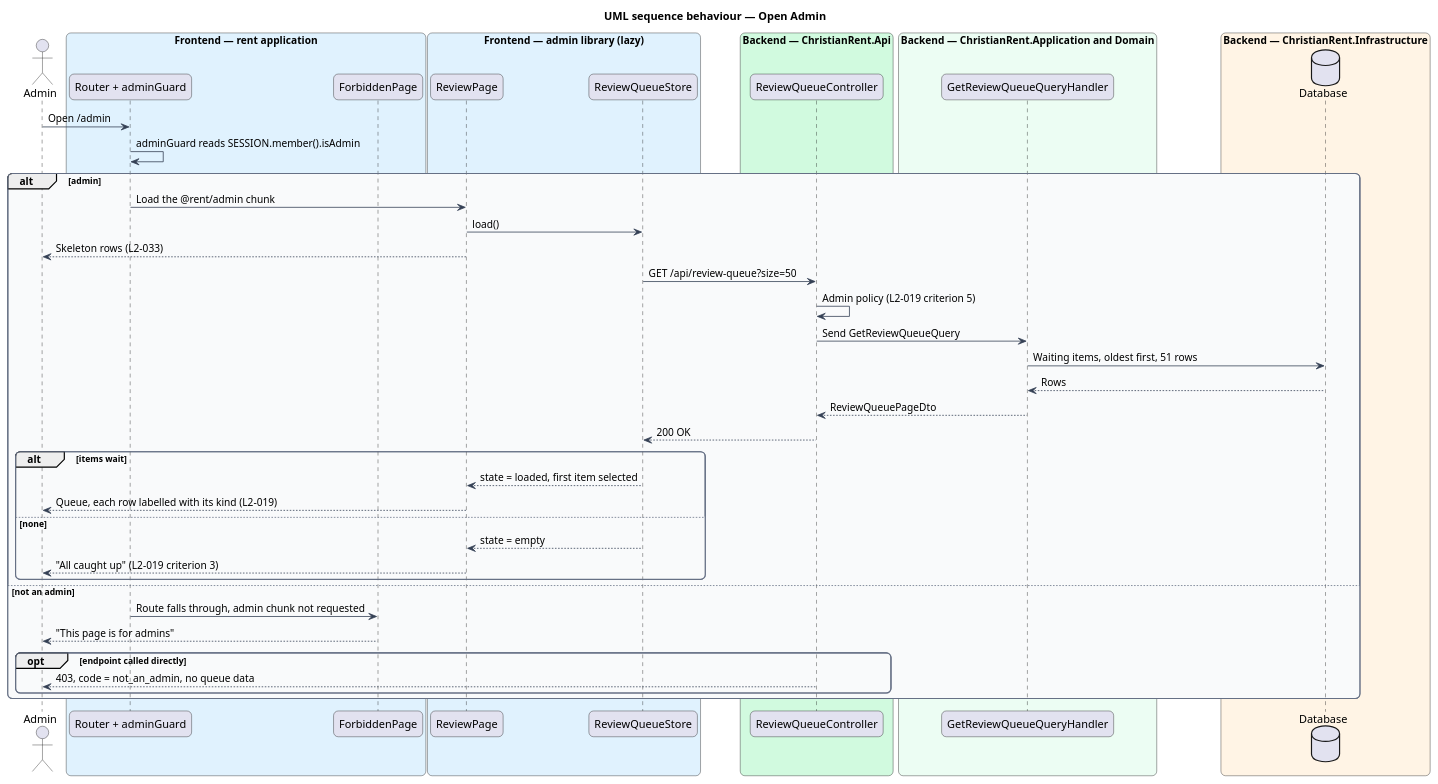
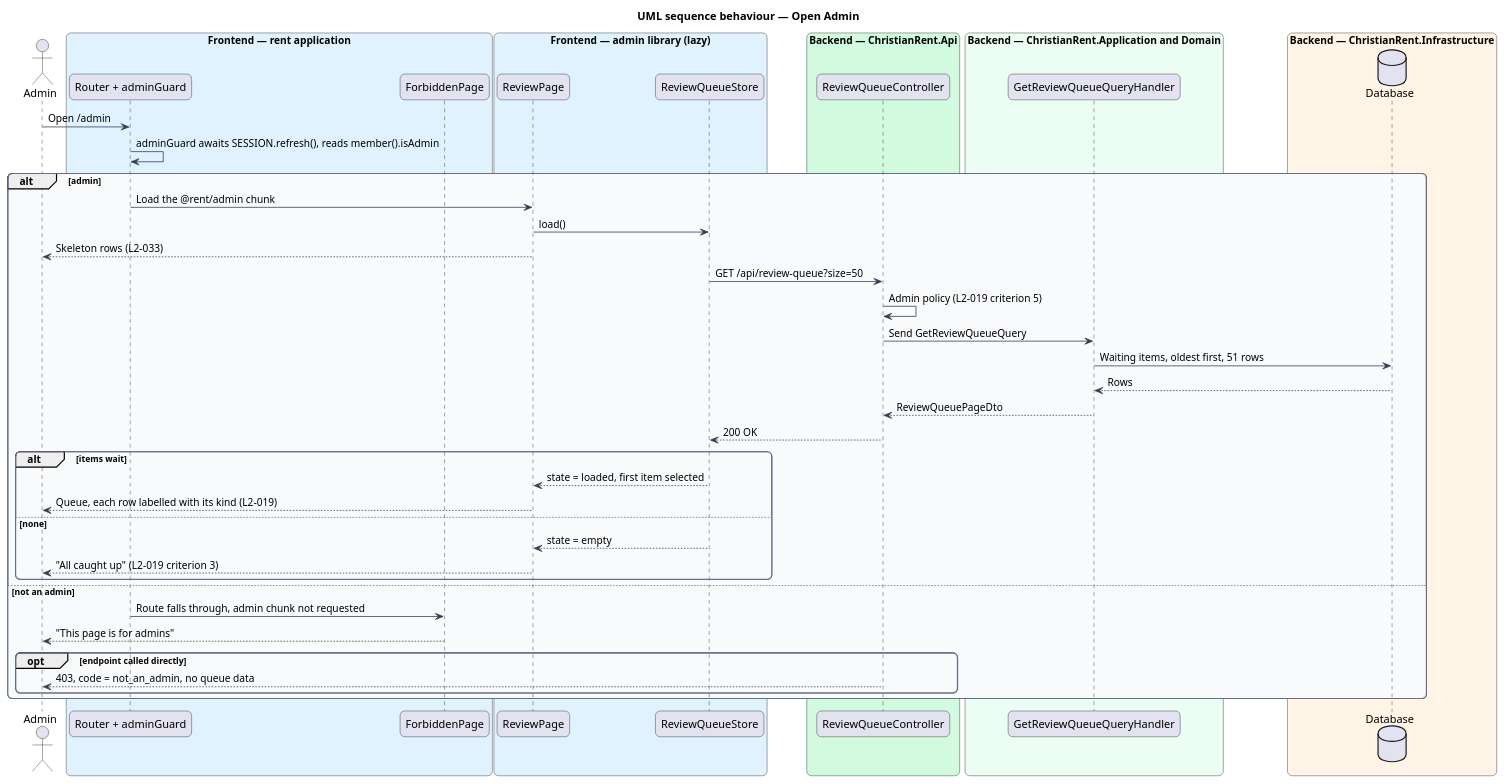
One commit to QuinntyneBrown/christian-rent changed the diagram in docs/detailed-designs/review/view-review-queue/diagrams/sequence-open-queue.puml. Above: the diagram before and after it, drawn with PlantUML. The commit also changed 31 other files, not shown here.

```diff
--- a/docs/detailed-designs/review/view-review-queue/diagrams/sequence-open-queue.puml
+++ b/docs/detailed-designs/review/view-review-queue/diagrams/sequence-open-queue.puml
@@ -1,62 +1,62 @@
 @startuml
 title UML sequence behaviour — Open Admin
 skinparam backgroundColor #FFFFFF
 skinparam shadowing false
 skinparam roundcorner 12
 skinparam defaultFontName Arial
 skinparam ArrowColor #344054
 skinparam rectangle {
   BorderColor #344054
   FontColor #101828
 }
 skinparam package {
   BorderColor #667085
   FontColor #101828
   BackgroundColor #F9FAFB
 }
 actor "Admin" as actor
 box "Frontend — rent application" #E0F2FE
   participant "Router + adminGuard" as router
   participant "ForbiddenPage" as forbid
 end box
 box "Frontend — admin library (lazy)" #E0F2FE
   participant "ReviewPage" as page
   participant "ReviewQueueStore" as store
 end box
 box "Backend — ChristianRent.Api" #D1FADF
   participant "ReviewQueueController" as ctrl
 end box
 box "Backend — ChristianRent.Application and Domain" #ECFDF3
   participant "GetReviewQueueQueryHandler" as handler
 end box
 box "Backend — ChristianRent.Infrastructure" #FFF4E5
   database "Database" as db
 end box
 actor -> router : Open /admin
-router -> router : adminGuard reads SESSION.member().isAdmin
+router -> router : adminGuard awaits SESSION.refresh(), reads member().isAdmin
 alt admin
   router -> page : Load the @rent/admin chunk
   page -> store : load()
   page --> actor : Skeleton rows (L2-033)
   store -> ctrl : GET /api/review-queue?size=50
   ctrl -> ctrl : Admin policy (L2-019 criterion 5)
   ctrl -> handler : Send GetReviewQueueQuery
   handler -> db : Waiting items, oldest first, 51 rows
   db --> handler : Rows
   handler --> ctrl : ReviewQueuePageDto
   ctrl --> store : 200 OK
   alt items wait
     store --> page : state = loaded, first item selected
     page --> actor : Queue, each row labelled with its kind (L2-019)
   else none
     store --> page : state = empty
     page --> actor : "All caught up" (L2-019 criterion 3)
   end
 else not an admin
   router -> forbid : Route falls through, admin chunk not requested
   forbid --> actor : "This page is for admins"
   opt endpoint called directly
     ctrl --> actor : 403, code = not_an_admin, no queue data
   end
 end
 @enduml
```
